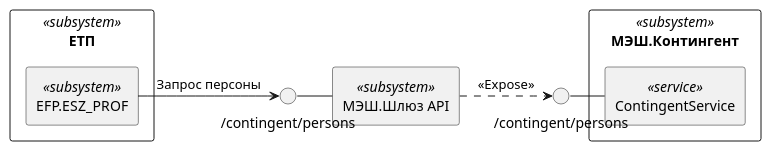
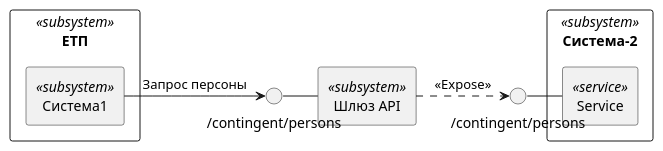
One commit to dchizhikov/UML changed the diagram in startuml.puml. Above: the diagram before and after it, drawn with PlantUML.

```diff
--- a/startuml.puml
+++ b/startuml.puml
@@ -1,27 +1,27 @@
 @startuml
 skinparam componentStyle uml2
 skinparam componentStyle rectangle
 hide @unlinked
 'hide $iPOST
 
 component "ЕТП" as system_1 <<subsystem>> {
-[EFP.ESZ_PROF] as system_1_1 <<subsystem>>
+[Система1] as system_1_1 <<subsystem>>
 'component [MS.ARTEMIS_MOVER] as system_1_2 '<<subsystem>> {
 '[EXT] as system_1_2_1 <<queue>>
 '}
 }
-[МЭШ.Шлюз API] as GW <<subsystem>>
-component [МЭШ.Контингент] as system_2 <<subsystem>> {
-[ContingentService] as system_2_1 <<service>>
+[Шлюз API] as GW <<subsystem>>
+component [Система-2] as system_2 <<subsystem>> {
+[Service] as system_2_1 <<service>>
 }
 
 'Интерфейсы
 () "/contingent/persons" as iF_1
 () "/contingent/persons" as iF_2
 
 system_1_1 -> iF_1 : "Запрос персоны"
 iF_1 - GW
 GW .> iF_2: <<Expose>>
 iF_2 - system_2_1
 
 @enduml
```
